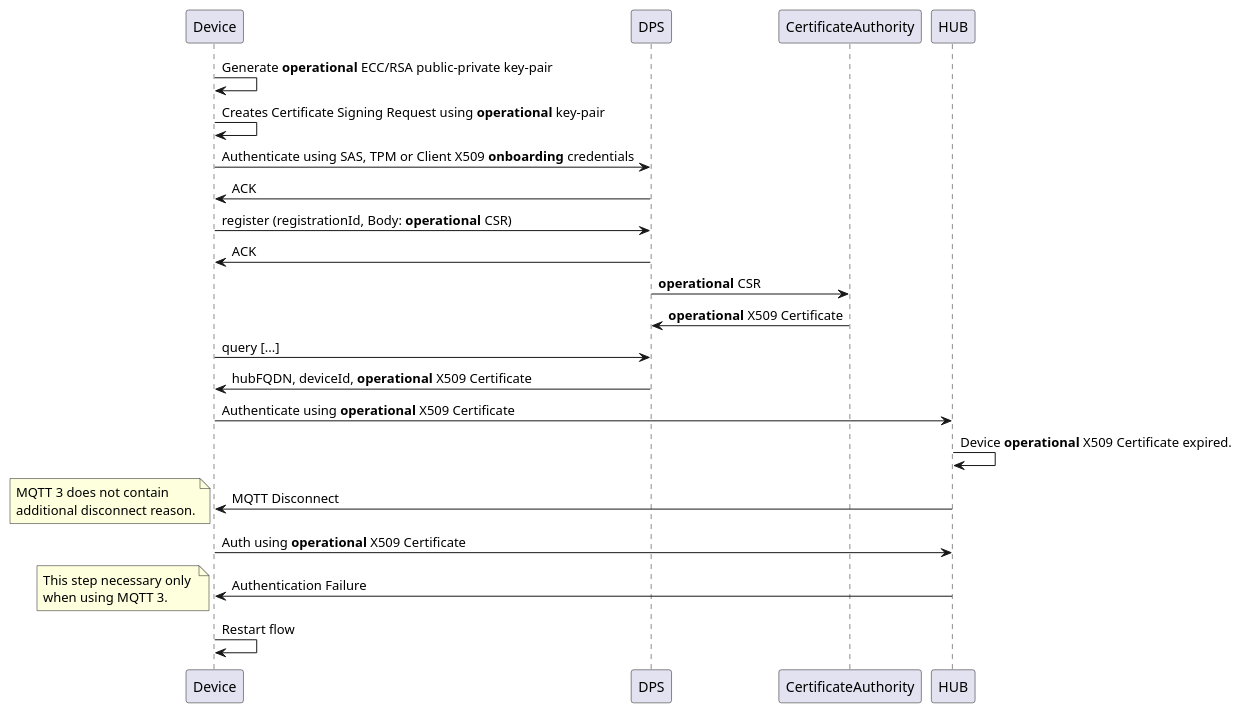
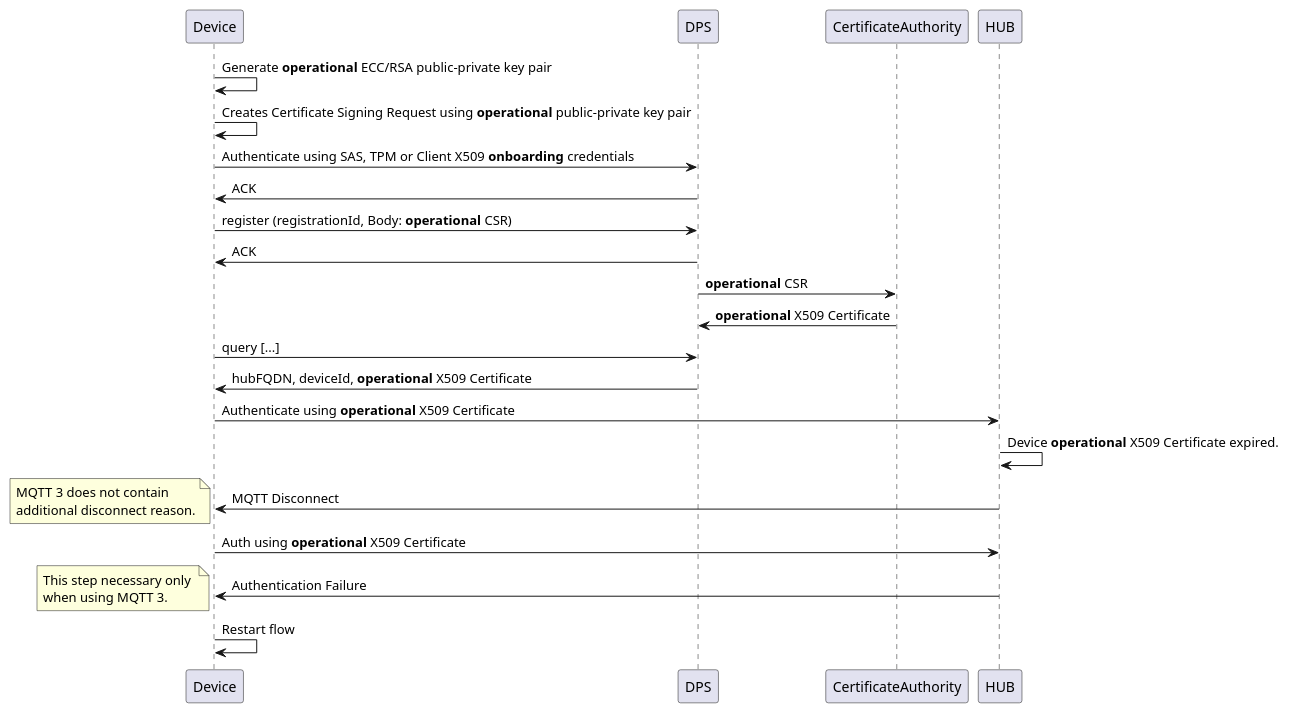
Before and after one commit to Azure-Samples/azure-iot-samples-csharp: the diagram in provisioning/Samples/device/SymmetricKeyWithOperationalCertificateSample/media/crs.puml, drawn with PlantUML. The commit also changed 3 other files, not shown here.

```diff
--- a/provisioning/Samples/device/SymmetricKeyWithOperationalCertificateSample/media/crs.puml
+++ b/provisioning/Samples/device/SymmetricKeyWithOperationalCertificateSample/media/crs.puml
@@ -1,27 +1,27 @@
 @startuml dpsCSR
-Device -> Device: Generate **operational** ECC/RSA public-private key-pair
-Device -> Device: Creates Certificate Signing Request using **operational** key-pair
+Device -> Device: Generate **operational** ECC/RSA public-private key pair
+Device -> Device: Creates Certificate Signing Request using **operational** public-private key pair
 Device -> DPS: Authenticate using SAS, TPM or Client X509 **onboarding** credentials
 DPS -> Device: ACK
 Device -> DPS: register (registrationId, Body: **operational** CSR)
 DPS -> Device: ACK
 DPS -> CertificateAuthority: **operational** CSR
 DPS <- CertificateAuthority: **operational** X509 Certificate
 Device -> DPS: query [...]
 DPS -> Device: hubFQDN, deviceId, **operational** X509 Certificate
 Device -> HUB: Authenticate using **operational** X509 Certificate
 HUB->HUB: Device **operational** X509 Certificate expired.
 Device <- HUB: MQTT Disconnect
 note left
   MQTT 3 does not contain 
   additional disconnect reason.
 end note
 Device -> HUB: Auth using **operational** X509 Certificate
 Device <- HUB: Authentication Failure
 note left
   This step necessary only 
   when using MQTT 3.
 end note
 Device -> Device: Restart flow
 
 @enduml
```
